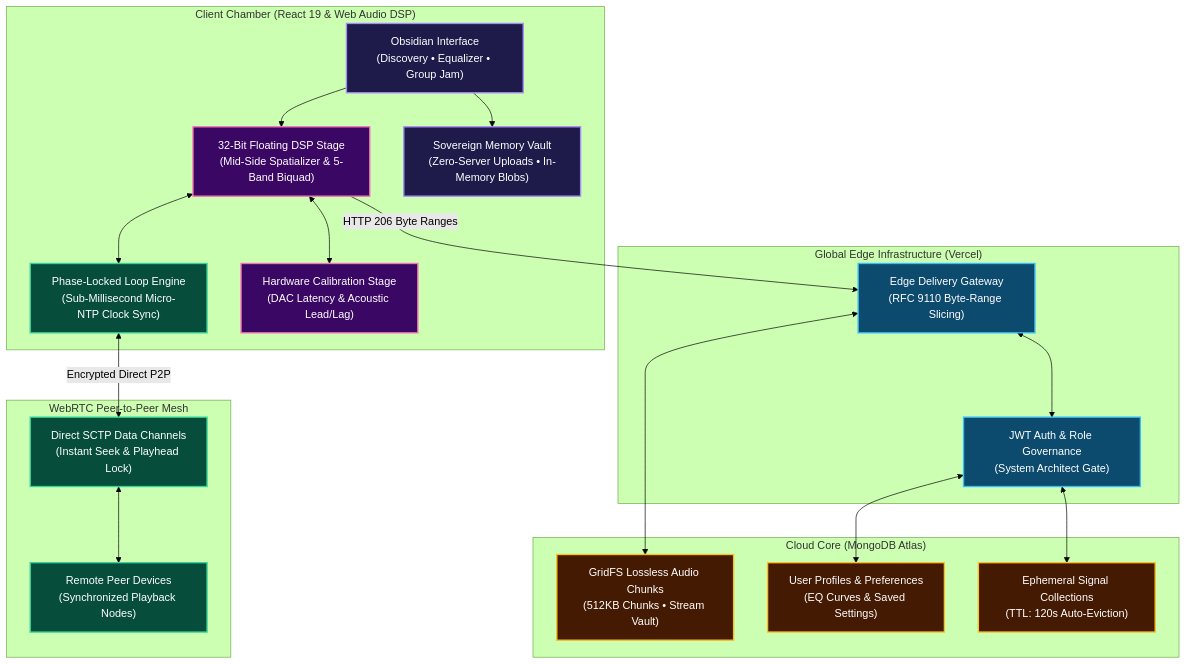
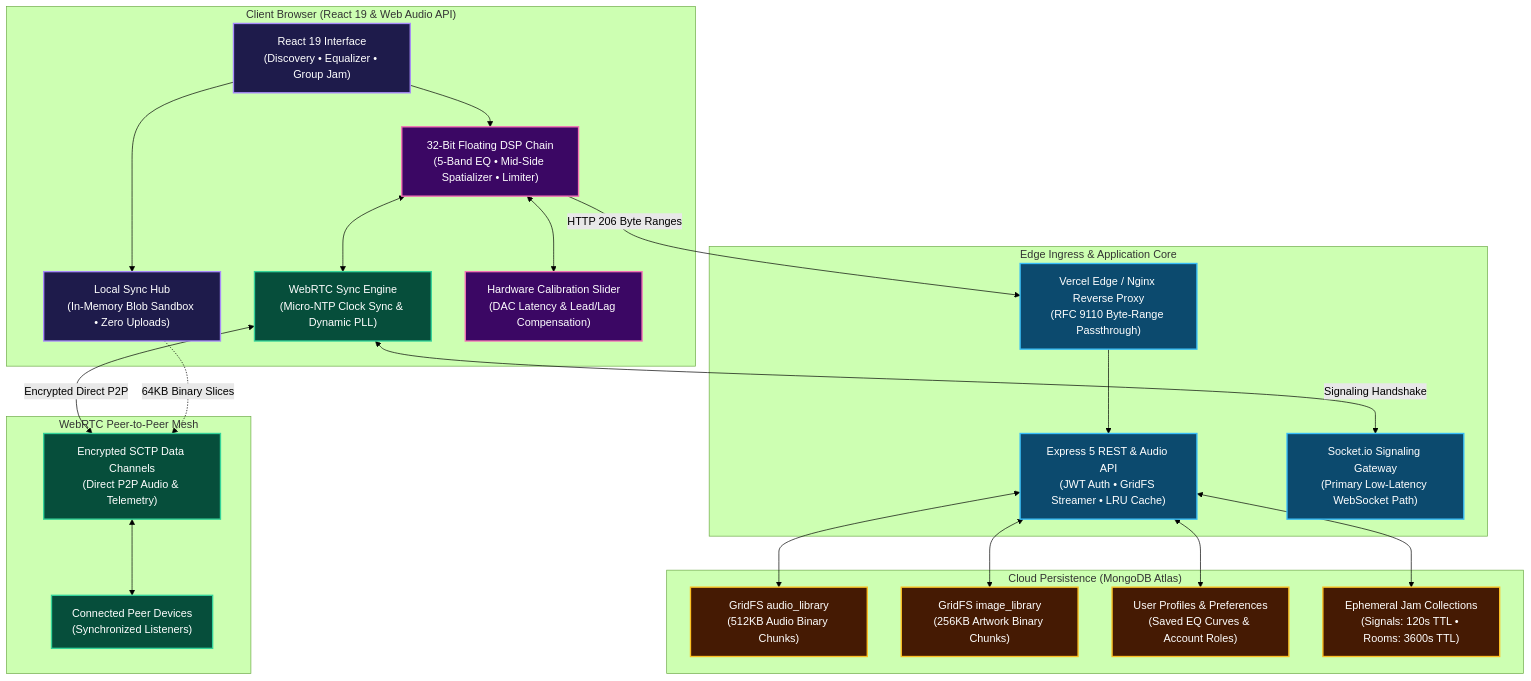
Before and after one commit to Parth-Chavan-15/Riveria: the diagram in README.md, drawn with Mermaid (forest theme). The commit also changed other lines of this file and 2 other files, not shown here.

Commit message:
docs(readme): rewrite README in clear accessible language and add cache-busting hero preview

````diff
--- a/README.md
+++ b/README.md
@@ -67,44 +105,49 @@
 ```mermaid
 flowchart TD
     classDef client fill:#1e1b4b,stroke:#a78bfa,stroke-width:2px,color:#ffffff
     classDef dsp fill:#3b0764,stroke:#f472b6,stroke-width:2px,color:#ffffff
     classDef p2p fill:#064e3b,stroke:#34d399,stroke-width:2px,color:#ffffff
     classDef edge fill:#0c4a6e,stroke:#38bdf8,stroke-width:2px,color:#ffffff
     classDef storage fill:#451a03,stroke:#fbbf24,stroke-width:2px,color:#ffffff
 
-    subgraph ClientChamber ["Client Chamber (React 19 & Web Audio DSP)"]
-        UI["Obsidian Interface<br/>(Discovery • Equalizer • Group Jam)"]:::client
-        DSPStage["32-Bit Floating DSP Stage<br/>(Mid-Side Spatializer & 5-Band Biquad)"]:::dsp
-        LocalVault["Sovereign Memory Vault<br/>(Zero-Server Uploads • In-Memory Blobs)"]:::client
-        PLLSync["Phase-Locked Loop Engine<br/>(Sub-Millisecond Micro-NTP Clock Sync)"]:::p2p
-        HardwareCal["Hardware Calibration Stage<br/>(DAC Latency & Acoustic Lead/Lag)"]:::dsp
+    subgraph ClientChamber ["Client Browser (React 19 & Web Audio API)"]
+        UI["React 19 Interface<br/>(Discovery • Equalizer • Group Jam)"]:::client
+        DSPStage["32-Bit Floating DSP Chain<br/>(5-Band EQ • Mid-Side Spatializer • Limiter)"]:::dsp
+        LocalVault["Local Sync Hub<br/>(In-Memory Blob Sandbox • Zero Uploads)"]:::client
+        PLLSync["WebRTC Sync Engine<br/>(Micro-NTP Clock Sync & Dynamic PLL)"]:::p2p
+        HardwareCal["Hardware Calibration Slider<br/>(DAC Latency & Lead/Lag Compensation)"]:::dsp
     end
 
     subgraph MeshNetwork ["WebRTC Peer-to-Peer Mesh"]
-        SCTP["Direct SCTP Data Channels<br/>(Instant Seek & Playhead Lock)"]:::p2p
-        RemotePeer["Remote Peer Devices<br/>(Synchronized Playback Nodes)"]:::p2p
+        SCTP["Encrypted SCTP Data Channels<br/>(Direct P2P Audio & Telemetry)"]:::p2p
+        RemotePeer["Connected Peer Devices<br/>(Synchronized Listeners)"]:::p2p
     end
 
-    subgraph EdgeLayer ["Global Edge Infrastructure (Vercel)"]
-        VercelCDN["Edge Delivery Gateway<br/>(RFC 9110 Byte-Range Slicing)"]:::edge
-        SecurityGate["JWT Auth & Role Governance<br/>(System Architect Gate)"]:::edge
+    subgraph EdgeLayer ["Edge Ingress & Application Core"]
+        VercelCDN["Vercel Edge / Nginx Reverse Proxy<br/>(RFC 9110 Byte-Range Passthrough)"]:::edge
+        ExpressAPI["Express 5 REST & Audio API<br/>(JWT Auth • GridFS Streamer • LRU Cache)"]:::edge
+        SocketGateway["Socket.io Signaling Gateway<br/>(Primary Low-Latency WebSocket Path)"]:::edge
     end
 
-    subgraph CloudVault ["Cloud Core (MongoDB Atlas)"]
-        GridFSStore["GridFS Lossless Audio Chunks<br/>(512KB Chunks • Stream Vault)"]:::storage
-        UserStore["User Profiles & Preferences<br/>(EQ Curves & Saved Settings)"]:::storage
-        TTLSignals["Ephemeral Signal Collections<br/>(TTL: 120s Auto-Eviction)"]:::storage
+    subgraph CloudVault ["Cloud Persistence (MongoDB Atlas)"]
+        GridFSAudio["GridFS audio_library<br/>(512KB Audio Binary Chunks)"]:::storage
+        GridFSImages["GridFS image_library<br/>(256KB Artwork Binary Chunks)"]:::storage
+        UserStore["User Profiles & Preferences<br/>(Saved EQ Curves & Account Roles)"]:::storage
+        TTLSignals["Ephemeral Jam Collections<br/>(Signals: 120s TTL • Rooms: 3600s TTL)"]:::storage
     end
 
     UI --> DSPStage
     UI --> LocalVault
     DSPStage <--> HardwareCal
     DSPStage <--> PLLSync
     PLLSync <-->|Encrypted Direct P2P| SCTP
     SCTP <--> RemotePeer
+    LocalVault -.->|64KB Binary Slices| SCTP
     DSPStage -->|HTTP 206 Byte Ranges| VercelCDN
-    VercelCDN <--> SecurityGate
-    SecurityGate <--> UserStore
-    VercelCDN <--> GridFSStore
-    SecurityGate <--> TTLSignals
+    VercelCDN --> ExpressAPI
+    ExpressAPI <--> GridFSAudio
+    ExpressAPI <--> GridFSImages
+    ExpressAPI <--> UserStore
+    ExpressAPI <--> TTLSignals
+    PLLSync <-->|Signaling Handshake| SocketGateway
 ```
````
